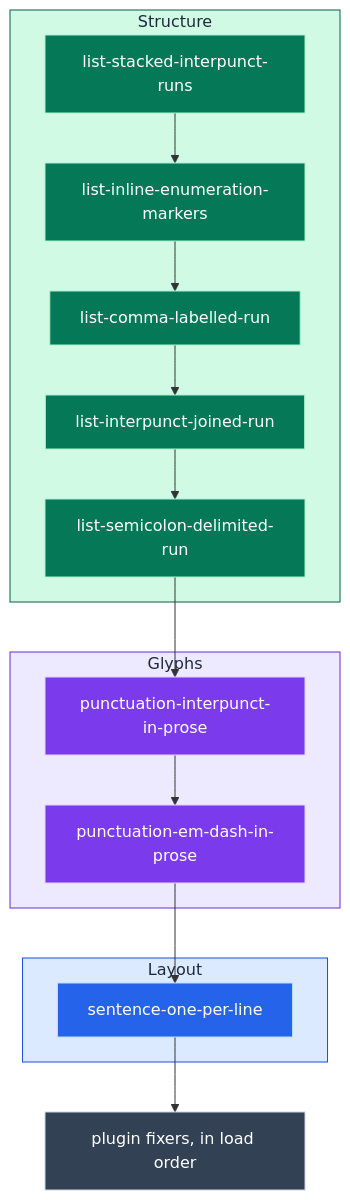
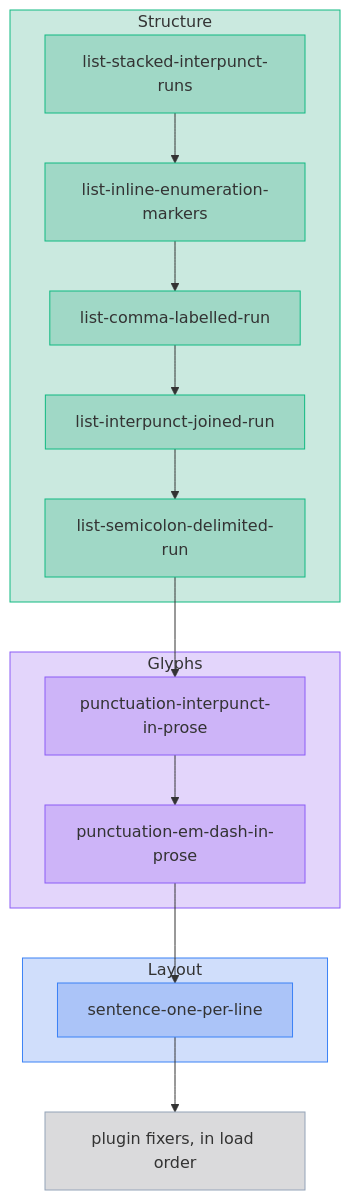
Before and after one commit to jpeakai/jpai-prose-gates: diagram 15 of 19 in docs/DATA_MODEL.md, drawn with Mermaid. The commit also changed other lines of this file and 1 other file, not shown here.

First line of the commit message:
docs: recalibrate the Mermaid diagrams for Material with translucent fills

````diff
--- a/docs/DATA_MODEL.md
+++ b/docs/DATA_MODEL.md
@@ -511,26 +511,26 @@
 ```mermaid
 flowchart TB
     subgraph structure["Structure"]
         P9["list-stacked-interpunct-runs"]:::list --> P7["list-inline-enumeration-markers"]:::list --> P8["list-comma-labelled-run"]:::list --> P6["list-interpunct-joined-run"]:::list --> P3["list-semicolon-delimited-run"]:::list
     end
     subgraph glyphs["Glyphs"]
         P5["punctuation-interpunct-in-prose"]:::punc --> P4["punctuation-em-dash-in-prose"]:::punc
     end
     subgraph layout["Layout"]
         P1["sentence-one-per-line"]:::sent
     end
     PLG["plugin fixers, in load order"]:::ext
 
     P3 --> P5
     P4 --> P1
     P1 --> PLG
 
-    classDef list fill:#047857,stroke:#a7f3d0,color:#ffffff
-    classDef punc fill:#7c3aed,stroke:#ddd6fe,color:#ffffff
-    classDef sent fill:#2563eb,stroke:#bfdbfe,color:#ffffff
-    classDef ext  fill:#334155,stroke:#cbd5e1,color:#ffffff
+    classDef list fill:#05966936,stroke:#10b981
+    classDef punc fill:#7c3aed36,stroke:#8b5cf6
+    classDef sent fill:#2563eb36,stroke:#3b82f6
+    classDef ext  fill:#52525b36,stroke:#94a3b8
 
-    style structure fill:#d1fae5,stroke:#065f46,color:#1e293b
-    style glyphs fill:#ede9fe,stroke:#6d28d9,color:#1e293b
-    style layout fill:#dbeafe,stroke:#1d4ed8,color:#1e293b
+    style structure fill:#05966936,stroke:#10b981
+    style glyphs fill:#7c3aed36,stroke:#8b5cf6
+    style layout fill:#2563eb36,stroke:#3b82f6
 ```
````
